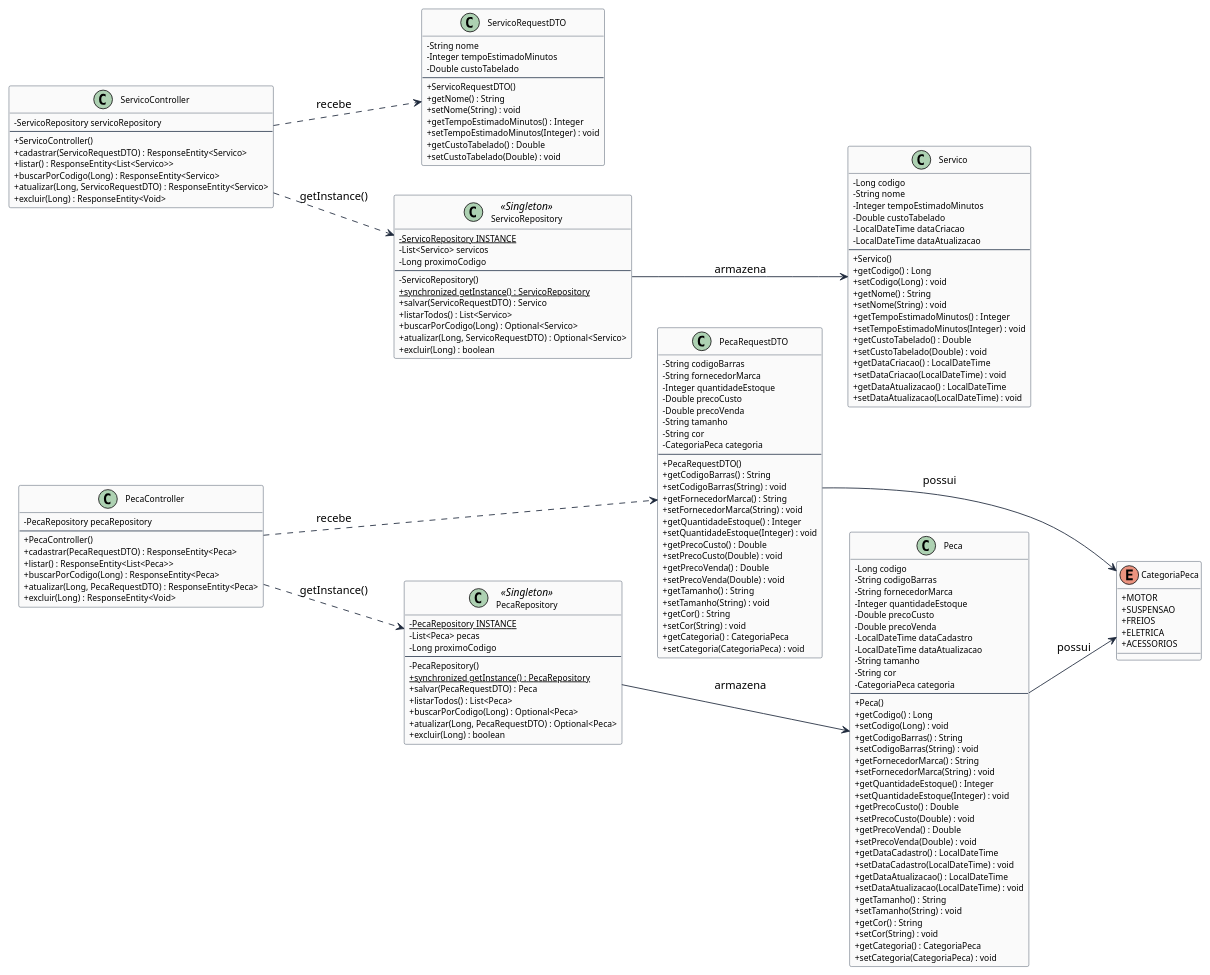
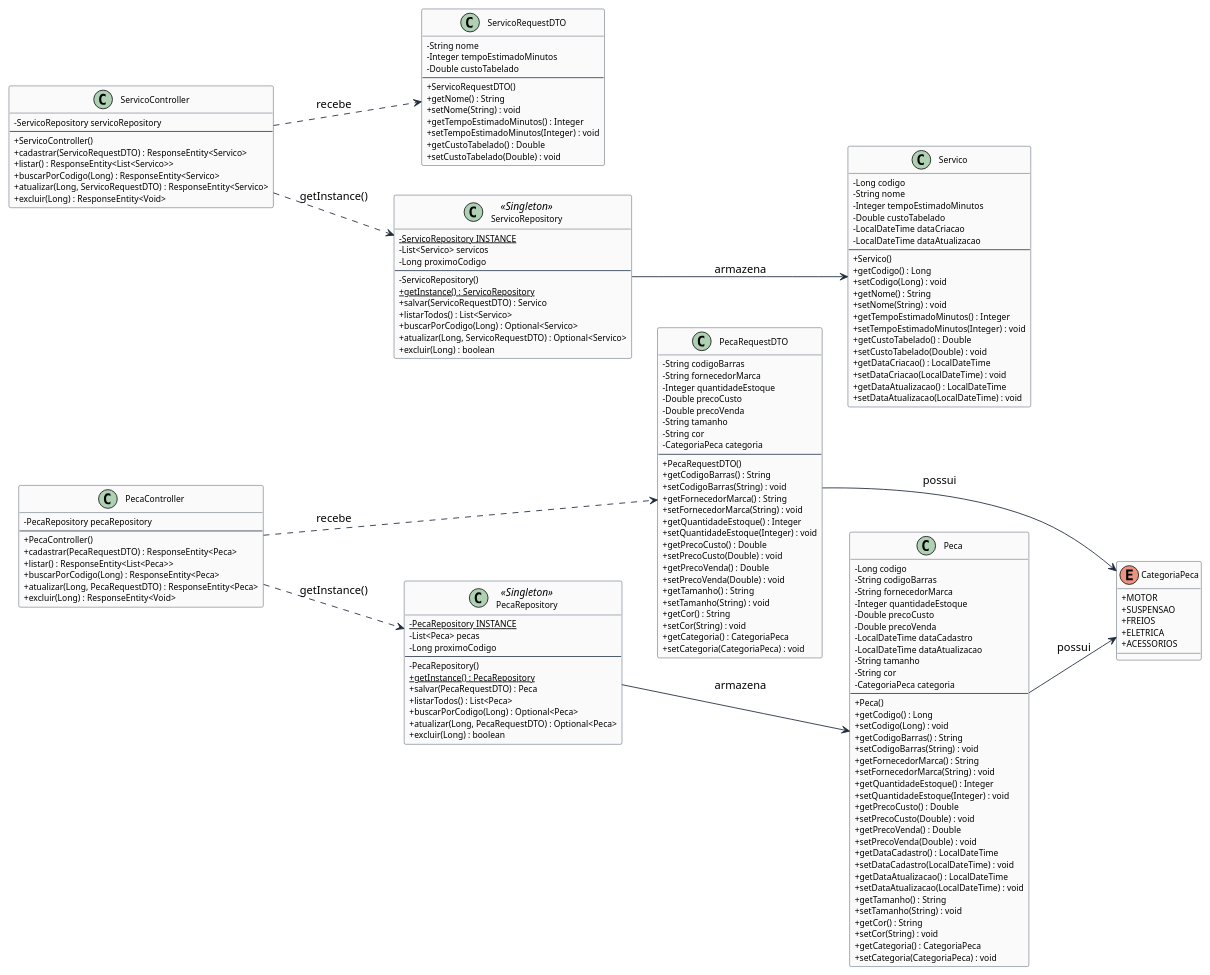
One commit to hellennverenaa/mecaniQA-api-sao-luiz changed the diagram in docs/diagrama-classes.puml. Above: the diagram before and after it, drawn with PlantUML. The commit also changed 4 other files, not shown here.

```diff
--- a/docs/diagrama-classes.puml
+++ b/docs/diagrama-classes.puml
@@ -1,189 +1,189 @@
 @startuml
 skinparam backgroundColor #FFFFFF
 skinparam classAttributeIconSize 0
 skinparam roundcorner 4
 skinparam shadowing false
 
 skinparam class {
     BackgroundColor #FAFAFA
     ArrowColor #1E293B
     BorderColor #334155
     FontName Arial
     FontSize 11
     AttributeFontSize 10
 }
 
 left to right direction
 
 enum CategoriaPeca {
     + MOTOR
     + SUSPENSAO
     + FREIOS
     + ELETRICA
     + ACESSORIOS
 }
 
 class Peca {
     - Long codigo
     - String codigoBarras
     - String fornecedorMarca
     - Integer quantidadeEstoque
     - Double precoCusto
     - Double precoVenda
     - LocalDateTime dataCadastro
     - LocalDateTime dataAtualizacao
     - String tamanho
     - String cor
     - CategoriaPeca categoria
     --
     + Peca()
     + getCodigo() : Long
     + setCodigo(Long) : void
     + getCodigoBarras() : String
     + setCodigoBarras(String) : void
     + getFornecedorMarca() : String
     + setFornecedorMarca(String) : void
     + getQuantidadeEstoque() : Integer
     + setQuantidadeEstoque(Integer) : void
     + getPrecoCusto() : Double
     + setPrecoCusto(Double) : void
     + getPrecoVenda() : Double
     + setPrecoVenda(Double) : void
     + getDataCadastro() : LocalDateTime
     + setDataCadastro(LocalDateTime) : void
     + getDataAtualizacao() : LocalDateTime
     + setDataAtualizacao(LocalDateTime) : void
     + getTamanho() : String
     + setTamanho(String) : void
     + getCor() : String
     + setCor(String) : void
     + getCategoria() : CategoriaPeca
     + setCategoria(CategoriaPeca) : void
 }
 
 class PecaRequestDTO {
     - String codigoBarras
     - String fornecedorMarca
     - Integer quantidadeEstoque
     - Double precoCusto
     - Double precoVenda
     - String tamanho
     - String cor
     - CategoriaPeca categoria
     --
     + PecaRequestDTO()
     + getCodigoBarras() : String
     + setCodigoBarras(String) : void
     + getFornecedorMarca() : String
     + setFornecedorMarca(String) : void
     + getQuantidadeEstoque() : Integer
     + setQuantidadeEstoque(Integer) : void
     + getPrecoCusto() : Double
     + setPrecoCusto(Double) : void
     + getPrecoVenda() : Double
     + setPrecoVenda(Double) : void
     + getTamanho() : String
     + setTamanho(String) : void
     + getCor() : String
     + setCor(String) : void
     + getCategoria() : CategoriaPeca
     + setCategoria(CategoriaPeca) : void
 }
 
 class PecaRepository <<Singleton>> {
     - {static} PecaRepository INSTANCE
     - List<Peca> pecas
     - Long proximoCodigo
     --
     - PecaRepository()
-    + {static} synchronized getInstance() : PecaRepository
+    + {static} getInstance() : PecaRepository
     + salvar(PecaRequestDTO) : Peca
     + listarTodos() : List<Peca>
     + buscarPorCodigo(Long) : Optional<Peca>
     + atualizar(Long, PecaRequestDTO) : Optional<Peca>
     + excluir(Long) : boolean
 }
 
 class PecaController {
     - PecaRepository pecaRepository
     --
     + PecaController()
     + cadastrar(PecaRequestDTO) : ResponseEntity<Peca>
     + listar() : ResponseEntity<List<Peca>>
     + buscarPorCodigo(Long) : ResponseEntity<Peca>
     + atualizar(Long, PecaRequestDTO) : ResponseEntity<Peca>
     + excluir(Long) : ResponseEntity<Void>
 }
 
 class Servico {
     - Long codigo
     - String nome
     - Integer tempoEstimadoMinutos
     - Double custoTabelado
     - LocalDateTime dataCriacao
     - LocalDateTime dataAtualizacao
     --
     + Servico()
     + getCodigo() : Long
     + setCodigo(Long) : void
     + getNome() : String
     + setNome(String) : void
     + getTempoEstimadoMinutos() : Integer
     + setTempoEstimadoMinutos(Integer) : void
     + getCustoTabelado() : Double
     + setCustoTabelado(Double) : void
     + getDataCriacao() : LocalDateTime
     + setDataCriacao(LocalDateTime) : void
     + getDataAtualizacao() : LocalDateTime
     + setDataAtualizacao(LocalDateTime) : void
 }
 
 class ServicoRequestDTO {
     - String nome
     - Integer tempoEstimadoMinutos
     - Double custoTabelado
     --
     + ServicoRequestDTO()
     + getNome() : String
     + setNome(String) : void
     + getTempoEstimadoMinutos() : Integer
     + setTempoEstimadoMinutos(Integer) : void
     + getCustoTabelado() : Double
     + setCustoTabelado(Double) : void
 }
 
 class ServicoRepository <<Singleton>> {
     - {static} ServicoRepository INSTANCE
     - List<Servico> servicos
     - Long proximoCodigo
     --
     - ServicoRepository()
-    + {static} synchronized getInstance() : ServicoRepository
+    + {static} getInstance() : ServicoRepository
     + salvar(ServicoRequestDTO) : Servico
     + listarTodos() : List<Servico>
     + buscarPorCodigo(Long) : Optional<Servico>
     + atualizar(Long, ServicoRequestDTO) : Optional<Servico>
     + excluir(Long) : boolean
 }
 
 class ServicoController {
     - ServicoRepository servicoRepository
     --
     + ServicoController()
     + cadastrar(ServicoRequestDTO) : ResponseEntity<Servico>
     + listar() : ResponseEntity<List<Servico>>
     + buscarPorCodigo(Long) : ResponseEntity<Servico>
     + atualizar(Long, ServicoRequestDTO) : ResponseEntity<Servico>
     + excluir(Long) : ResponseEntity<Void>
 }
 
 PecaController ..> PecaRepository : getInstance()
 PecaController ..> PecaRequestDTO : recebe
 PecaRepository --> Peca : armazena
 Peca --> CategoriaPeca : possui
 PecaRequestDTO --> CategoriaPeca : possui
 
 ServicoController ..> ServicoRepository : getInstance()
 ServicoController ..> ServicoRequestDTO : recebe
 ServicoRepository --> Servico : armazena
 @enduml
```
